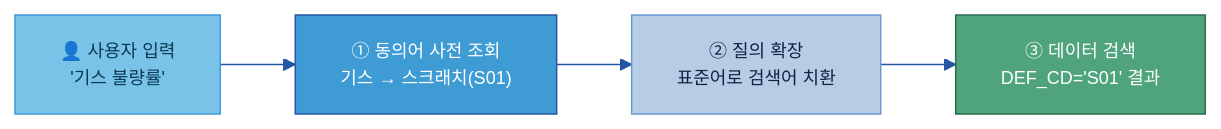
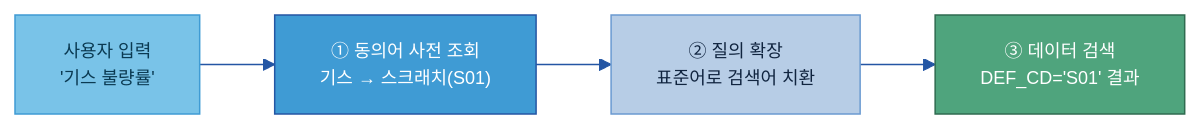
One commit to jin-kearney/ai-ready-data-manual changed the fourth of 5 diagrams in 가이드 작성/A-3 비즈니스 Glossary/A-3 비즈니스 Glossary.md. Above: the diagram before and after it, drawn with Mermaid. The commit also changed other lines of this file and 4 other files, not shown here.

````diff
--- a/가이드 작성/A-3 비즈니스 Glossary/A-3 비즈니스 Glossary.md
+++ b/가이드 작성/A-3 비즈니스 Glossary/A-3 비즈니스 Glossary.md
@@ -408,13 +408,13 @@
 ```mermaid
 %%{init: {'theme':'base','themeVariables':{'primaryColor':'#DCE8F5','primaryBorderColor':'#2456A4','primaryTextColor':'#10243f','lineColor':'#2456A4','clusterBkg':'#EEF4FB','clusterBorder':'#6B9AD1','fontSize':'12px'}}}%%
 flowchart LR
-    U["👤 사용자 입력<br/>'기스 불량률'"]:::src
+    U["사용자 입력<br/>'기스 불량률'"]:::src
     SYN["① 동의어 사전 조회<br/>기스 → 스크래치(S01)"]:::gate
     EXP["② 질의 확장<br/>표준어로 검색어 치환"]:::n
     RES["③ 데이터 검색<br/>DEF_CD='S01' 결과"]:::loop
     U --> SYN --> EXP --> RES
     classDef n fill:#B7CDE6,stroke:#6B9AD1,color:#10243f;
     classDef src fill:#79C3E8,stroke:#3F9BD4,color:#0b3a52;
     classDef gate fill:#3F9BD4,stroke:#2456A4,color:#fff;
     classDef loop fill:#4FA47D,stroke:#2f6b50,color:#fff;
 ```
````
